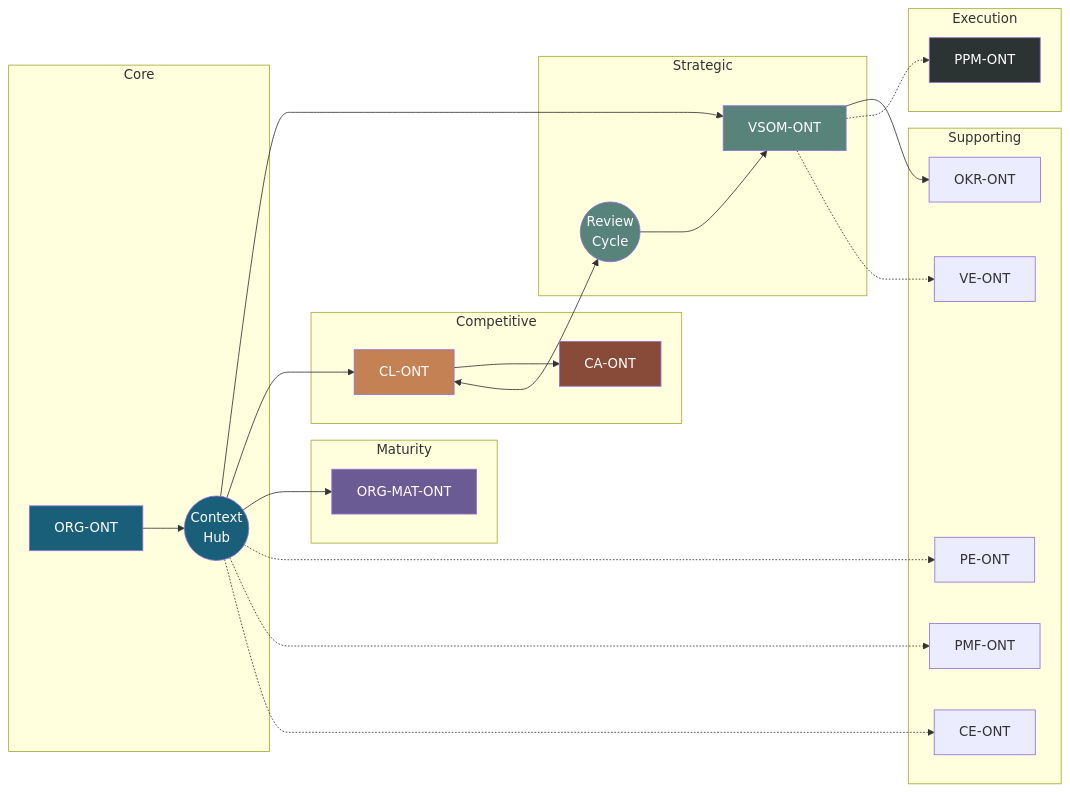
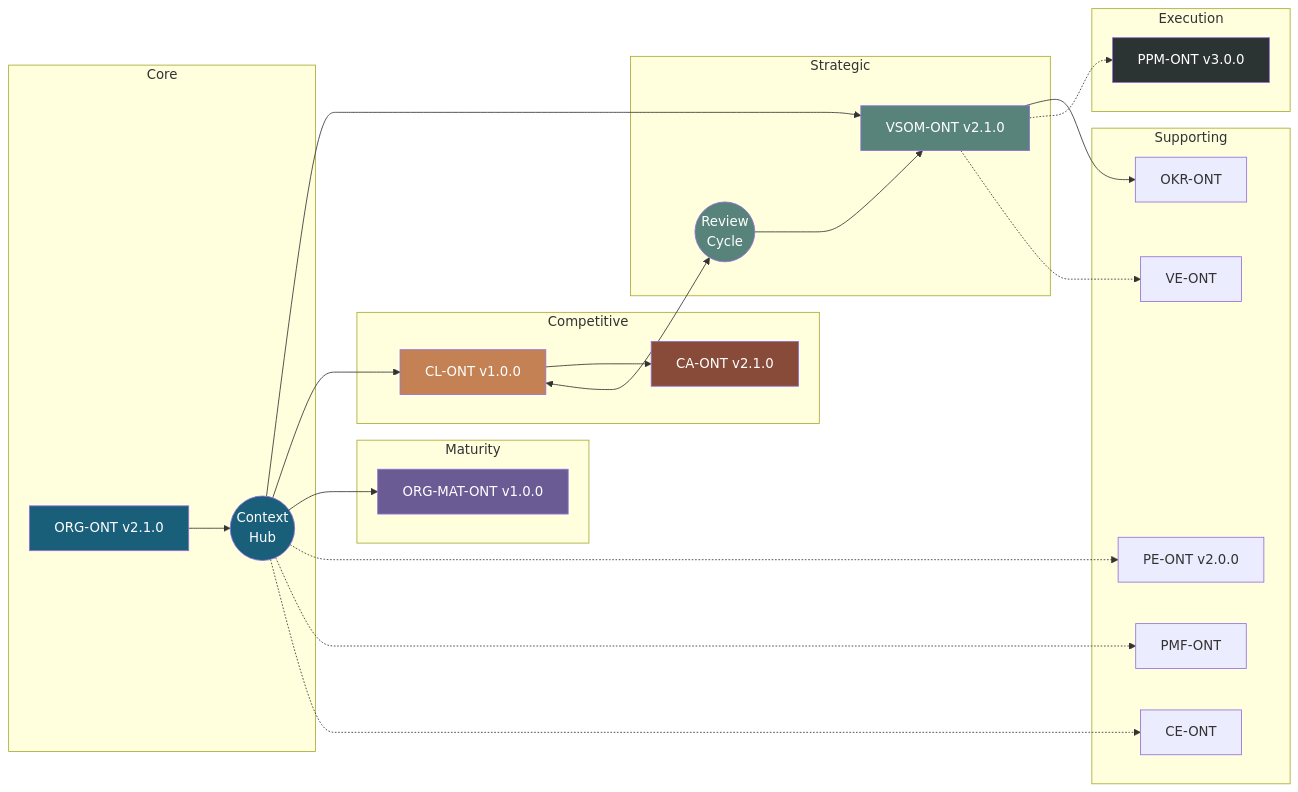
Before and after one commit to ajrmooreuk/Azlan-EA-AAA: the second of 6 diagrams in PBS/ONTOLOGIES/ONTOLOGY-ARCHITECTURE.md, drawn with Mermaid. The commit also changed other lines of this file and 1 other file, not shown here.

First line of the commit message:
Add version numbers to architecture diagrams, update to-do list

````diff
--- a/PBS/ONTOLOGIES/ONTOLOGY-ARCHITECTURE.md
+++ b/PBS/ONTOLOGIES/ONTOLOGY-ARCHITECTURE.md
@@ -139,57 +139,57 @@
 ```mermaid
 graph LR
     subgraph "Core"
-        ORG[ORG-ONT]
+        ORG[ORG-ONT v2.1.0]
         CTX((Context<br/>Hub))
     end
 
     subgraph "Strategic"
-        VSOM[VSOM-ONT]
+        VSOM[VSOM-ONT v2.1.0]
         REVIEW((Review<br/>Cycle))
     end
 
     subgraph "Competitive"
-        CL[CL-ONT]
-        CA[CA-ONT]
+        CL[CL-ONT v1.0.0]
+        CA[CA-ONT v2.1.0]
     end
 
     subgraph "Maturity"
-        MAT[ORG-MAT-ONT]
+        MAT[ORG-MAT-ONT v1.0.0]
     end
 
     subgraph "Execution"
-        PPM[PPM-ONT]
+        PPM[PPM-ONT v3.0.0]
     end
 
     subgraph "Supporting"
-        PE[PE-ONT]
+        PE[PE-ONT v2.0.0]
         VE[VE-ONT]
         OKR[OKR-ONT]
         PMF[PMF-ONT]
         CE[CE-ONT]
     end
 
     ORG --> CTX
     CTX --> VSOM
     CTX --> CL
     CTX --> MAT
     CTX -.-> PE
     CTX -.-> PMF
     CTX -.-> CE
 
     CL --> CA
     CL <--> REVIEW
     REVIEW --> VSOM
     VSOM --> OKR
     VSOM -.-> PPM
     VSOM -.-> VE
 
     style ORG fill:#1a5f7a,color:#fff
     style CTX fill:#1a5f7a,color:#fff
     style VSOM fill:#57837b,color:#fff
     style REVIEW fill:#57837b,color:#fff
     style CL fill:#c38154,color:#fff
     style CA fill:#884a39,color:#fff
     style MAT fill:#6b5b95,color:#fff
     style PPM fill:#2c3333,color:#fff
 ```
````
